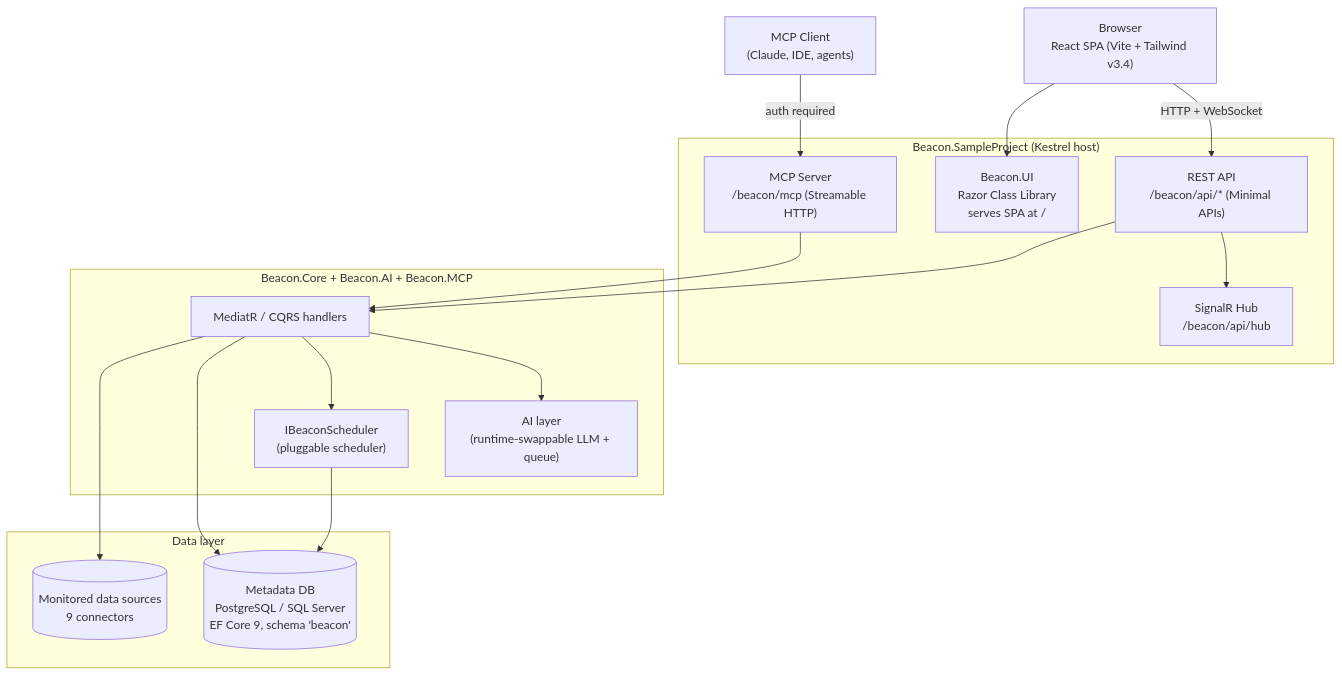
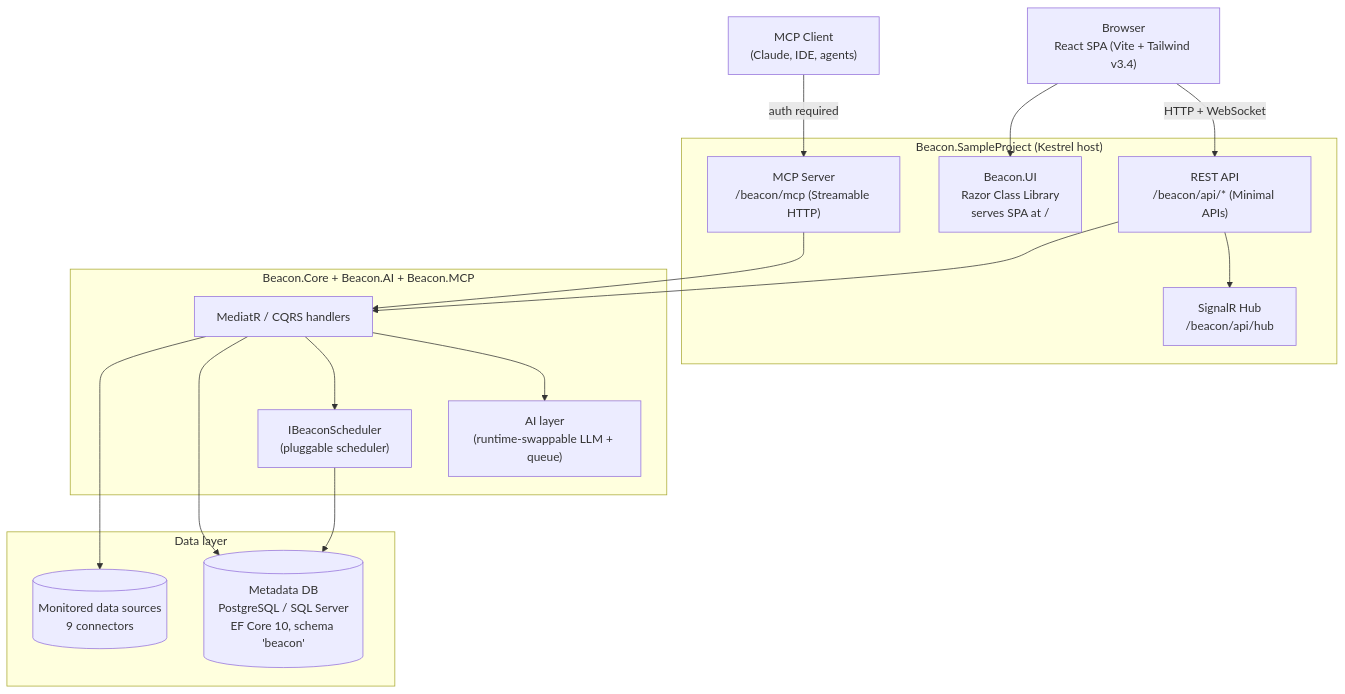
Before and after one commit to moberghr/beacon: the diagram in docs/site/src/content/docs/getting-started/index.md, drawn with Mermaid. The commit also changed other lines of this file and 4 other files, not shown here.

````diff
--- a/docs/site/src/content/docs/getting-started/index.md
+++ b/docs/site/src/content/docs/getting-started/index.md
@@ -35,35 +35,35 @@
 ```mermaid
 flowchart TB
     Browser["Browser<br/>React SPA (Vite + Tailwind v3.4)"]
     MCPClient["MCP Client<br/>(Claude, IDE, agents)"]
 
     subgraph Host["Beacon.SampleProject (Kestrel host)"]
         UI["Beacon.UI<br/>Razor Class Library<br/>serves SPA at /"]
         API["REST API<br/>/beacon/api/* (Minimal APIs)"]
         Hub["SignalR Hub<br/>/beacon/api/hub"]
         MCP["MCP Server<br/>/beacon/mcp (Streamable HTTP)"]
     end
 
     subgraph Core["Beacon.Core + Beacon.AI + Beacon.MCP"]
         Mediatr["MediatR / CQRS handlers"]
         AI["AI layer<br/>(runtime-swappable LLM + queue)"]
         Scheduler["IBeaconScheduler<br/>(pluggable scheduler)"]
     end
 
     subgraph Data["Data layer"]
-        Meta[("Metadata DB<br/>PostgreSQL / SQL Server<br/>EF Core 9, schema 'beacon'")]
+        Meta[("Metadata DB<br/>PostgreSQL / SQL Server<br/>EF Core 10, schema 'beacon'")]
         Sources[("Monitored data sources<br/>9 connectors")]
     end
 
     Browser -->|"HTTP + WebSocket"| API
     Browser --> UI
     API --> Hub
     MCPClient -->|"auth required"| MCP
     API --> Mediatr
     MCP --> Mediatr
     Mediatr --> AI
     Mediatr --> Scheduler
     Mediatr --> Meta
     Scheduler --> Meta
     Mediatr --> Sources
 ```
````
